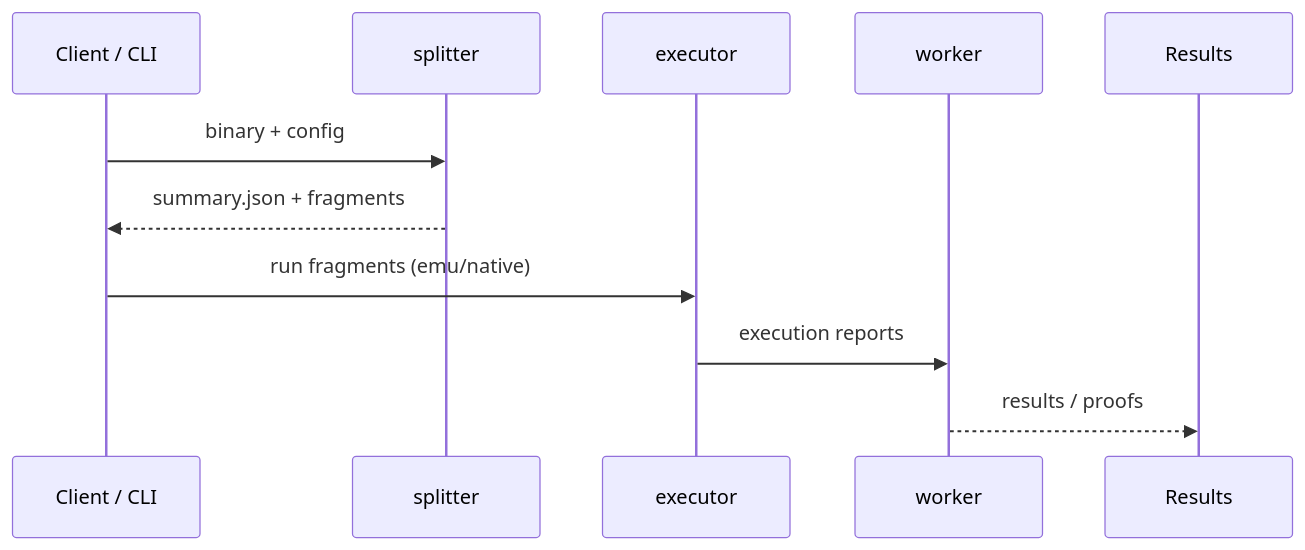
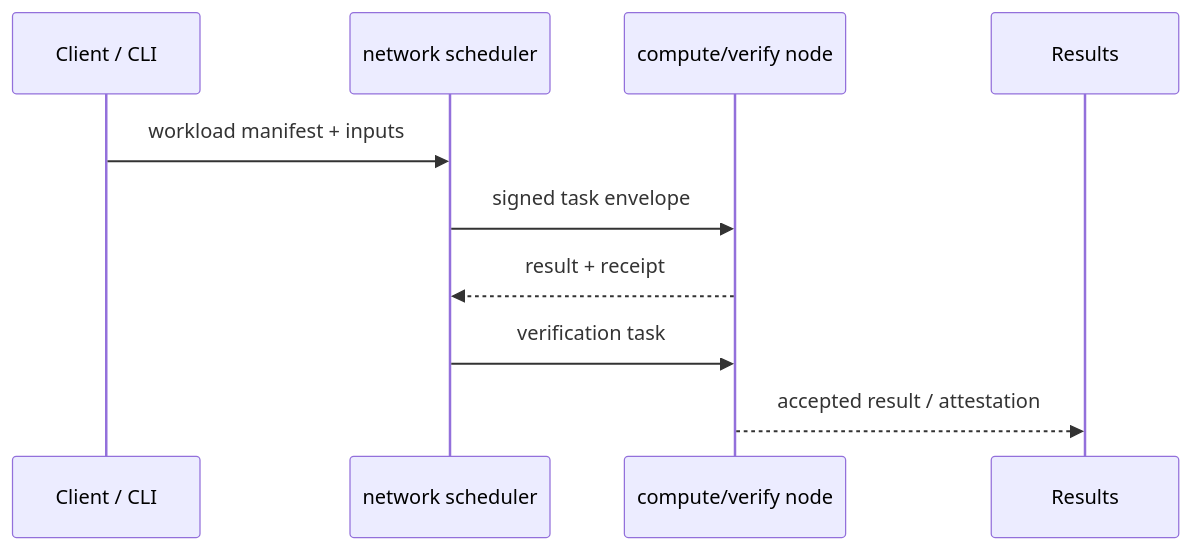
One commit to Silicium-Project/Fusion changed the second of 3 diagrams in docs/network-schema.md. Above: the diagram before and after it, drawn with Mermaid. The commit also changed other lines of this file and 457 other files, not shown here.

````diff
--- a/docs/network-schema.md
+++ b/docs/network-schema.md
@@ -51,14 +51,13 @@
 ```mermaid
 sequenceDiagram
     participant C as Client / CLI
-    participant S as splitter
-    participant E as executor
-    participant W as worker
+    participant N as network scheduler
+    participant W as compute/verify node
     participant R as Results
 
-    C->>S: binary + config
-    S-->>C: summary.json + fragments
-    C->>E: run fragments (emu/native)
-    E->>W: execution reports
-    W-->>R: results / proofs
+    C->>N: workload manifest + inputs
+    N->>W: signed task envelope
+    W-->>N: result + receipt
+    N->>W: verification task
+    W-->>R: accepted result / attestation
 ```
````
